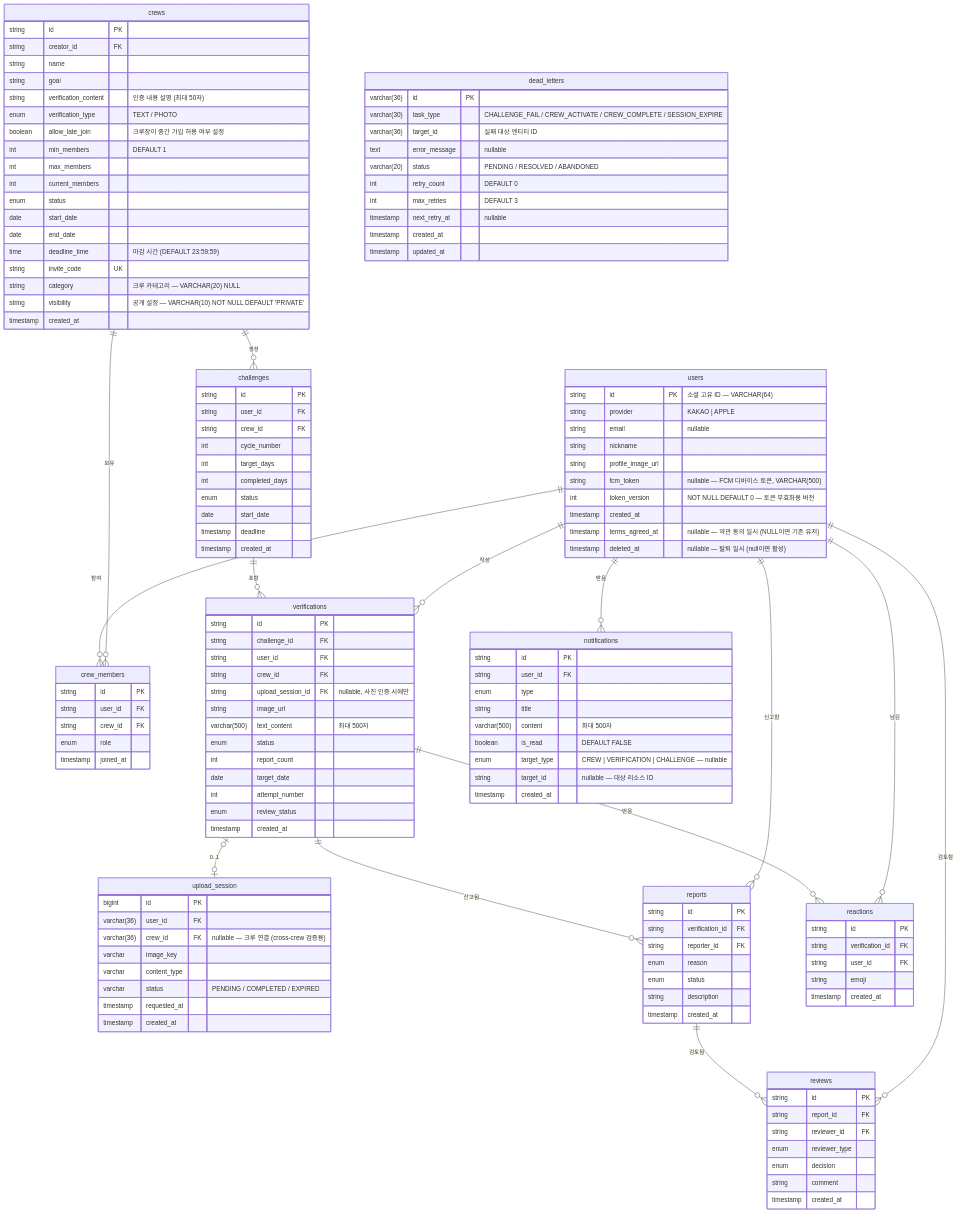
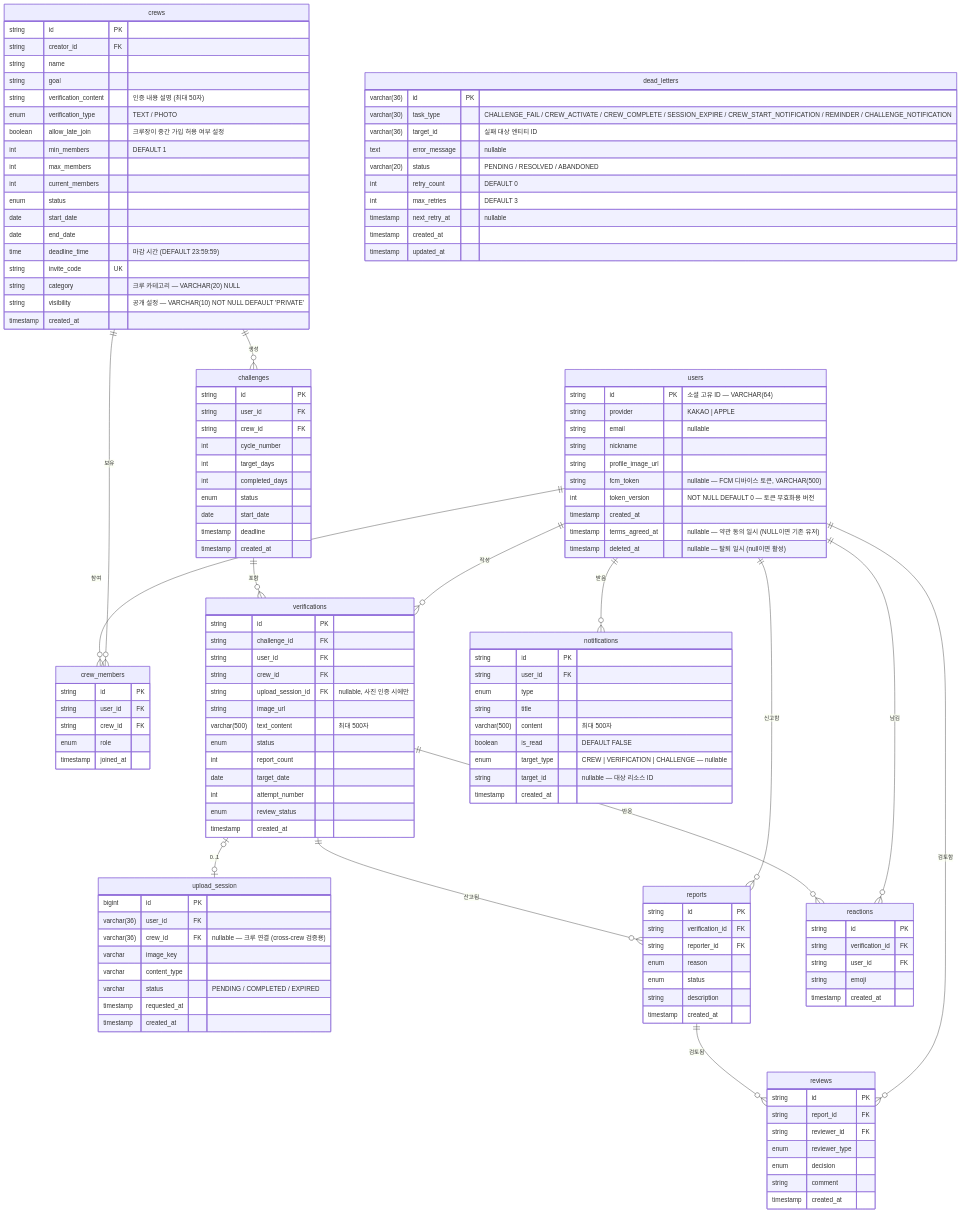
One commit to JianYang98/TriAgain changed the diagram in docs/spec/schema.md. Above: the diagram before and after it, drawn with Mermaid. The commit also changed other lines of this file and 16 other files, not shown here.

```diff
--- a/docs/spec/schema.md
+++ b/docs/spec/schema.md
@@ -149,7 +149,7 @@
 
     dead_letters {
         varchar(36) id PK
-        varchar(30) task_type "CHALLENGE_FAIL / CREW_ACTIVATE / CREW_COMPLETE / SESSION_EXPIRE"
+        varchar(30) task_type "CHALLENGE_FAIL / CREW_ACTIVATE / CREW_COMPLETE / SESSION_EXPIRE / CREW_START_NOTIFICATION / REMINDER / CHALLENGE_NOTIFICATION"
         varchar(36) target_id "실패 대상 엔티티 ID"
         text error_message "nullable"
         varchar(20) status "PENDING / RESOLVED / ABANDONED"
```
